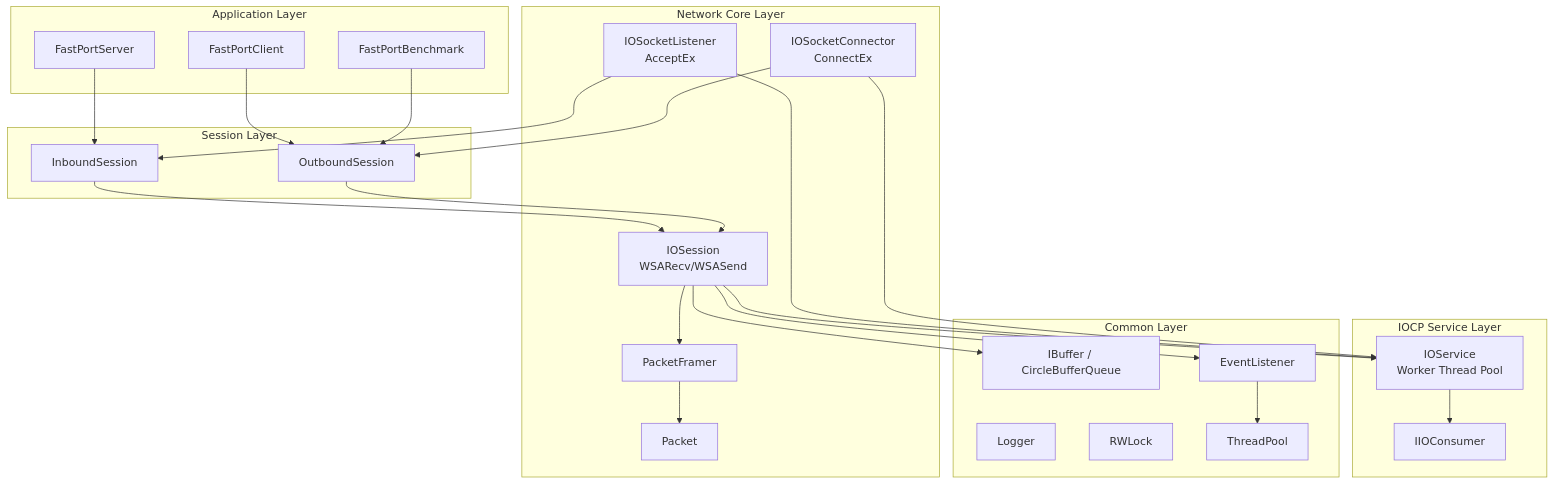
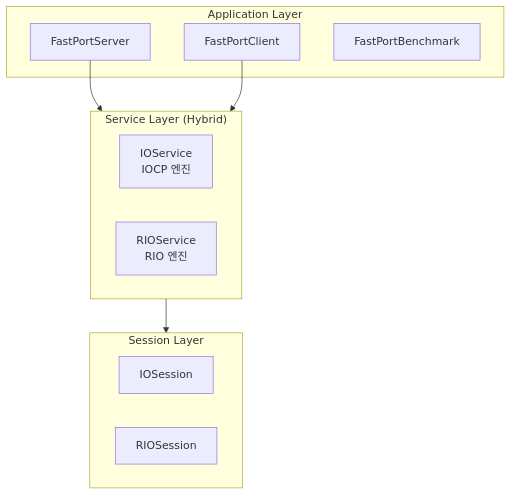
One commit to boinred/FastPort changed the diagram in README.ko.md. Above: the diagram before and after it, drawn with Mermaid. The commit also changed other lines of this file and 19 other files, not shown here.

First line of the commit message:
FastPortServer: IOCP/RIO 듀얼 엔진 구조로 리팩터링

````diff
--- a/README.ko.md
+++ b/README.ko.md
@@ -38,51 +59,22 @@
 ```mermaid
 graph TB
     subgraph Application["Application Layer"]
         Server[FastPortServer]
         Client[FastPortClient]
         Benchmark[FastPortBenchmark]
     end
 
-    subgraph Session["Session Layer"]
-        Inbound[InboundSession]
-        Outbound[OutboundSession]
+    subgraph Service["Service Layer (Hybrid)"]
+        IOService[IOService<br/>IOCP 엔진]
+        RIOService[RIOService<br/>RIO 엔진]
     end
 
-    subgraph Network["Network Core Layer"]
-        Listener[IOSocketListener<br/>AcceptEx]
-        Connector[IOSocketConnector<br/>ConnectEx]
-        IOSession[IOSession<br/>WSARecv/WSASend]
-        Framer[PacketFramer]
-        Packet[Packet]
+    subgraph Session["Session Layer"]
+        IOSession[IOSession]
+        RIOSession[RIOSession]
     end
-
-    subgraph IOCP["IOCP Service Layer"]
-        IOService[IOService<br/>Worker Thread Pool]
-        Consumer[IIOConsumer]
-    end
-
-    subgraph Common["Common Layer"]
-        Buffer[IBuffer / CircleBufferQueue]
-        Logger[Logger]
-        Lock[RWLock]
-        ThreadPool[ThreadPool]
-        EventListener[EventListener]
-    end
-
-    Server --> Inbound
-    Client --> Outbound
-    Benchmark --> Outbound
-    Inbound --> IOSession
-    Outbound --> IOSession
-    Listener --> Inbound
-    Connector --> Outbound
-    IOSession --> Framer
-    Framer --> Packet
-    IOSession --> IOService
-    Listener --> IOService
-    Connector --> IOService
-    IOService --> Consumer
-    IOSession --> Buffer
-    IOSession --> EventListener
-    EventListener --> ThreadPool
+    
+    Server --> Service
+    Client --> Service
+    Service --> Session
 ```
````
